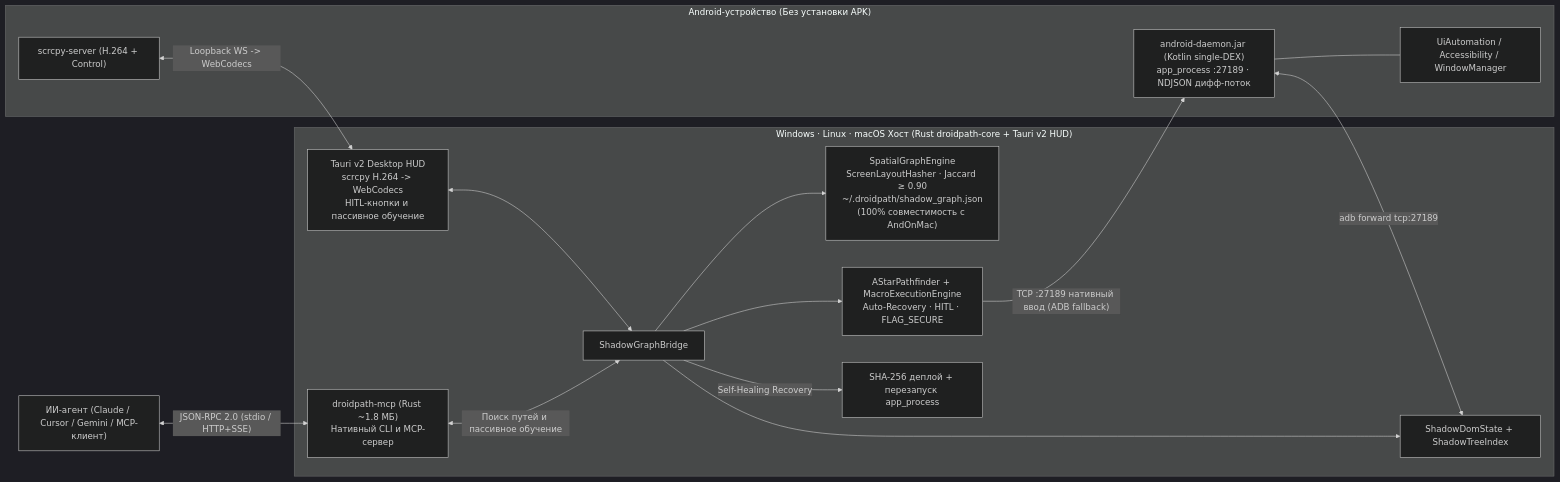
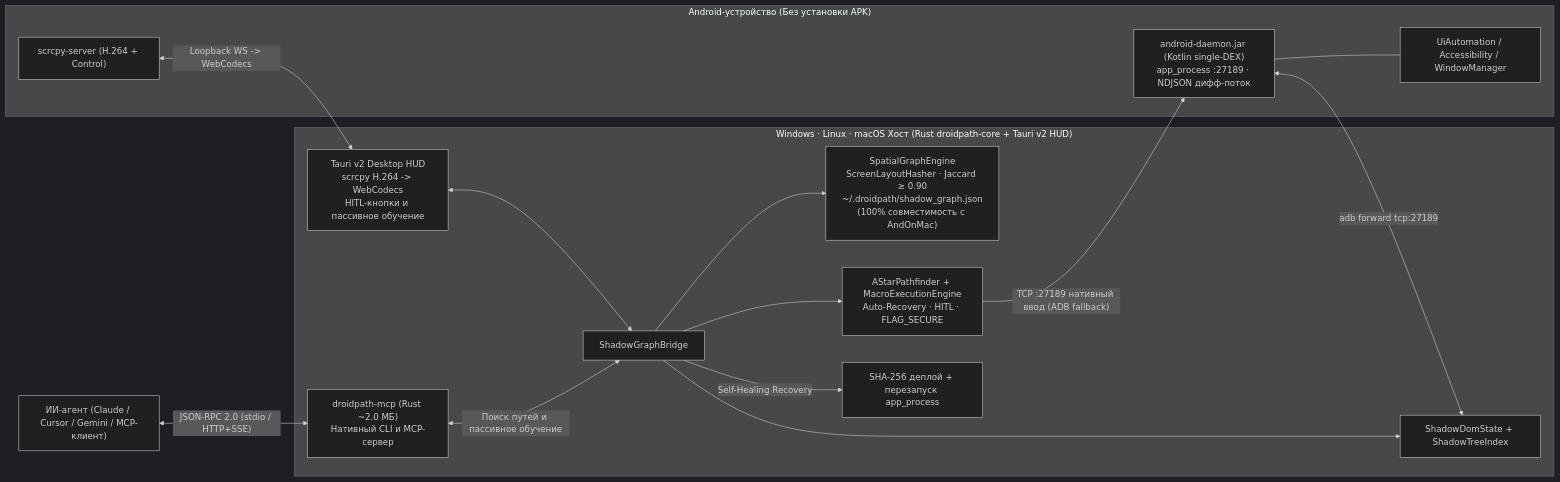
The diagram in README_RU.md (V0val0x/DroidPath), drawn with Mermaid (dark theme) before and after one commit. The commit also changed other lines of this file and 9 other files, not shown here.

Commit message:
fix(installers,cli): atomic same-FS staging, BOM-safe MCP merge, DROIDPATH_HOME & no-npx fallback, Windows iex CI test

````diff
--- a/README_RU.md
+++ b/README_RU.md
@@ -160,24 +164,24 @@
 ```mermaid
 flowchart LR
-    Agent["ИИ-агент (Claude / Cursor / Gemini / MCP-клиент)"] <-->|"JSON-RPC 2.0 (stdio / HTTP+SSE)"| CLI["droidpath-mcp (Rust ~1.8 МБ)\nНативный CLI и MCP-сервер"]
+    Agent["ИИ-агент (Claude / Cursor / Gemini / MCP-клиент)"] <-->|"JSON-RPC 2.0 (stdio / HTTP+SSE)"| CLI["droidpath-mcp (Rust ~2.0 МБ)\nНативный CLI и MCP-сервер"]
 
     subgraph Host["Windows · Linux · macOS Хост (Rust droidpath-core + Tauri v2 HUD)"]
         CLI <-->|"Поиск путей и пассивное обучение"| Bridge["ShadowGraphBridge"]
         HUD["Tauri v2 Desktop HUD\nscrcpy H.264 -> WebCodecs\nHITL-кнопки и пассивное обучение"] <--> Bridge
         Bridge --> DOM["ShadowDomState + ShadowTreeIndex"]
         Bridge --> Graph["SpatialGraphEngine\nScreenLayoutHasher · Jaccard ≥ 0.90\n~/.droidpath/shadow_graph.json\n(100% совместимость с AndOnMac)"]
         Bridge --> AStar["AStarPathfinder + MacroExecutionEngine\nAuto-Recovery · HITL · FLAG_SECURE"]
         Bridge -->|"Self-Healing Recovery"| Recovery["SHA-256 деплой + перезапуск app_process"]
     end
 
     subgraph Android["Android-устройство (Без установки APK)"]
         Daemon["android-daemon.jar (Kotlin single-DEX)\napp_process :27189 · NDJSON дифф-поток"]
         Scrcpy["scrcpy-server (H.264 + Control)"]
         Sys["UiAutomation / Accessibility / WindowManager"]
     end
 
     Daemon <-->|"adb forward tcp:27189"| DOM
     Scrcpy <-->|"Loopback WS -> WebCodecs"| HUD
     AStar -->|"TCP :27189 нативный ввод (ADB fallback)"| Daemon
     Daemon --- Sys
 ```
````
